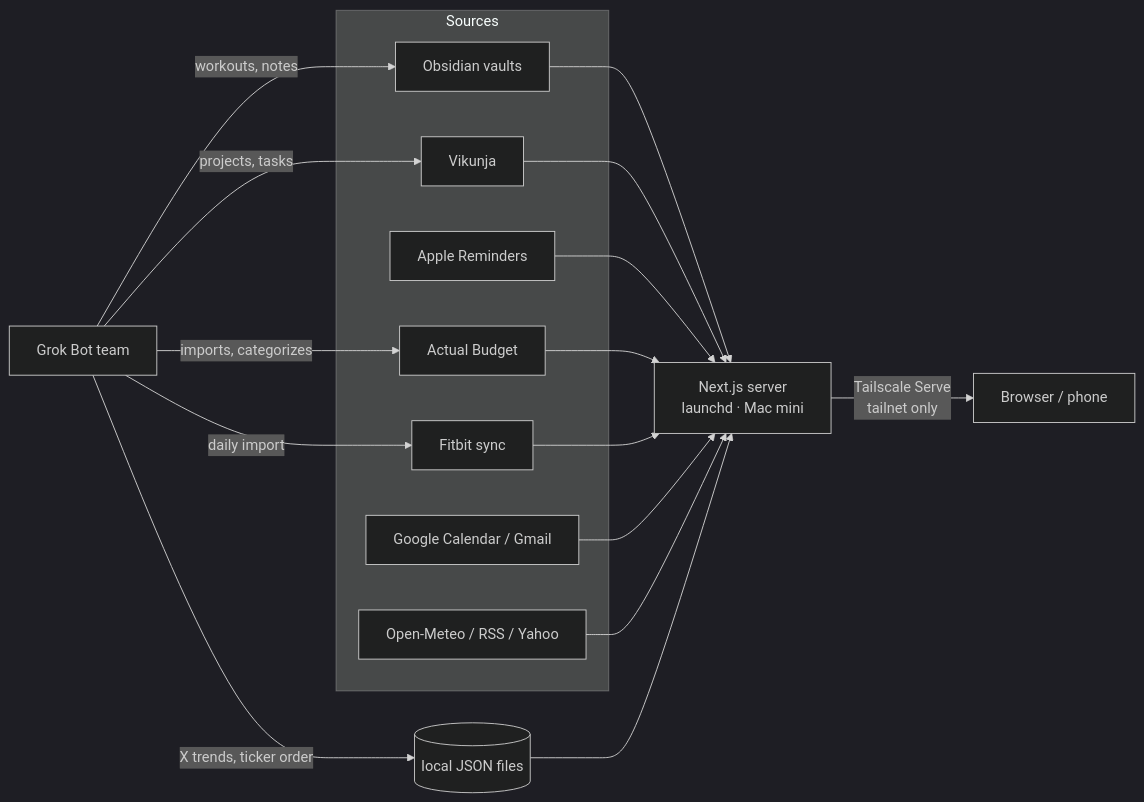
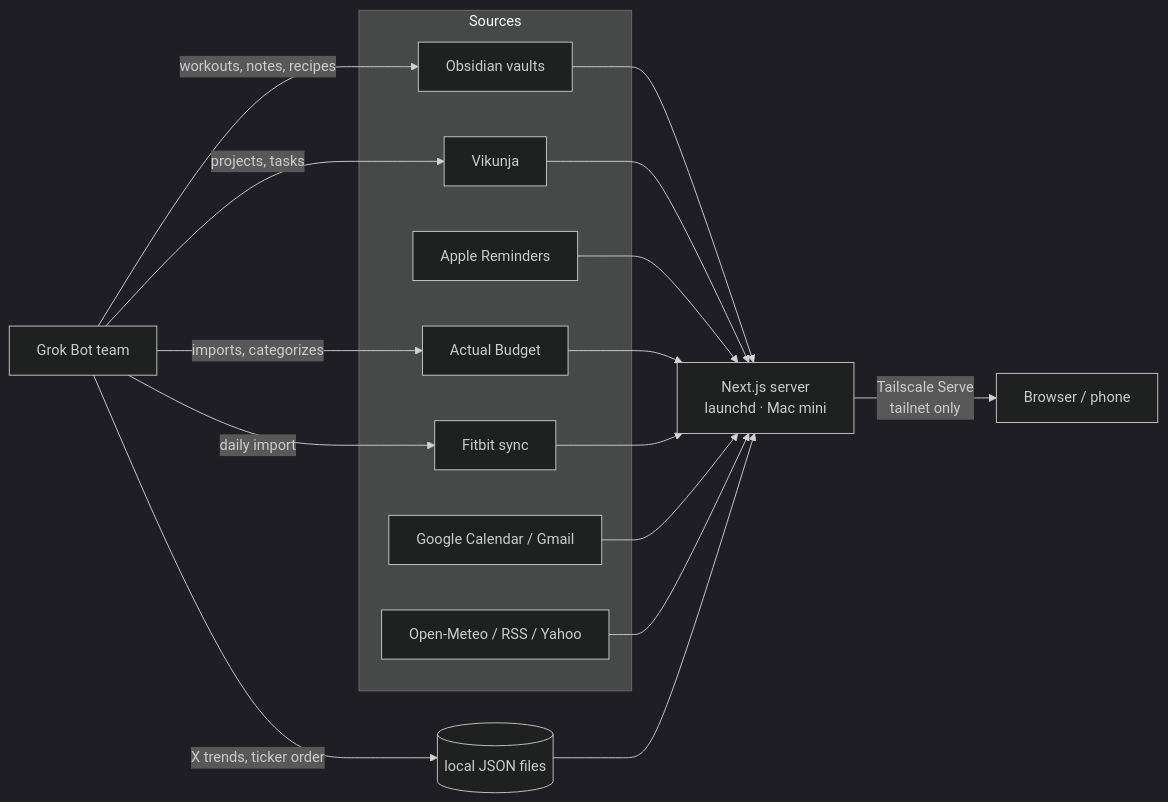
The diagram in README.md (wilburbuilds/personal-dashboard), drawn with Mermaid (dark theme) before and after one commit.

Commit message:
README: bots also write recipes to the vault

````diff
--- a/README.md
+++ b/README.md
@@ -149,19 +149,19 @@
 ```mermaid
 flowchart LR
   subgraph Sources
     V[Obsidian vaults]
     VK[Vikunja]
     R[Apple Reminders]
     A[Actual Budget]
     F[Fitbit sync]
     G[Google Calendar / Gmail]
     W[Open-Meteo / RSS / Yahoo]
   end
-  B[Grok Bot team] -- workouts, notes --> V
+  B[Grok Bot team] -- workouts, notes, recipes --> V
   B -- X trends, ticker order --> J[(local JSON files)]
   B -- imports, categorizes --> A
   B -- projects, tasks --> VK
   B -- daily import --> F
   V & VK & R & A & F & G & W & J --> S[Next.js server<br/>launchd · Mac mini]
   S -- Tailscale Serve<br/>tailnet only --> U[Browser / phone]
 ```
````
